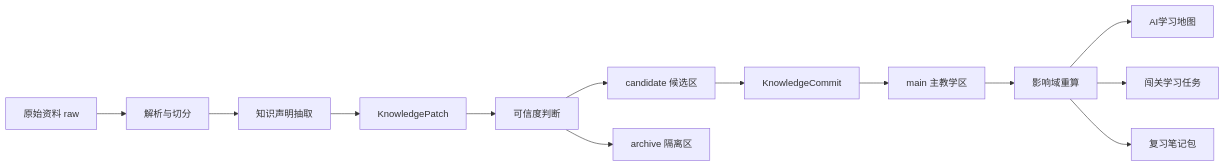
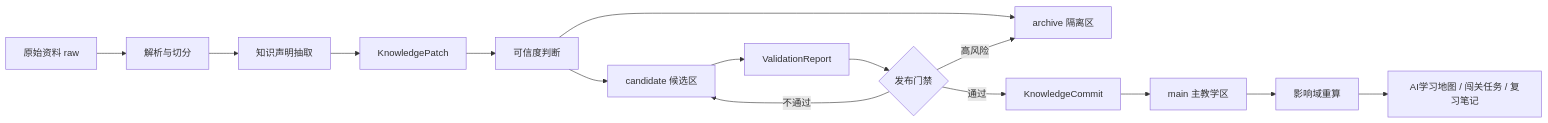
One commit to chenqsq/doc-showcase changed the second of 2 diagrams in doc/作品文档/05-算法与知识库设计.md. Above: the diagram before and after it, drawn with Mermaid. The commit also changed other lines of this file and 1 other file, not shown here.

````diff
--- a/doc/作品文档/05-算法与知识库设计.md
+++ b/doc/作品文档/05-算法与知识库设计.md
@@ -43,15 +236,17 @@
 ```mermaid
 flowchart LR
-    A[原始资料 raw] --> B[解析与切分]
-    B --> C[知识声明抽取]
-    C --> D[KnowledgePatch]
-    D --> E[可信度判断]
-    E --> F[candidate 候选区]
-    E --> G[archive 隔离区]
-    F --> H[KnowledgeCommit]
-    H --> I[main 主教学区]
-    I --> J[影响域重算]
-    J --> K[AI学习地图]
-    J --> L[闯关学习任务]
-    J --> M[复习笔记包]
+    A["原始资料 raw"] --> B["解析与切分"]
+    B --> C["知识声明抽取"]
+    C --> D["KnowledgePatch"]
+    D --> E["可信度判断"]
+    E --> F["candidate 候选区"]
+    E --> G["archive 隔离区"]
+    F --> H["ValidationReport"]
+    H --> I{"发布门禁"}
+    I -->|通过| J["KnowledgeCommit"]
+    J --> K["main 主教学区"]
+    I -->|不通过| F
+    I -->|高风险| G
+    K --> L["影响域重算"]
+    L --> M["AI学习地图 / 闯关任务 / 复习笔记"]
 ```
````
